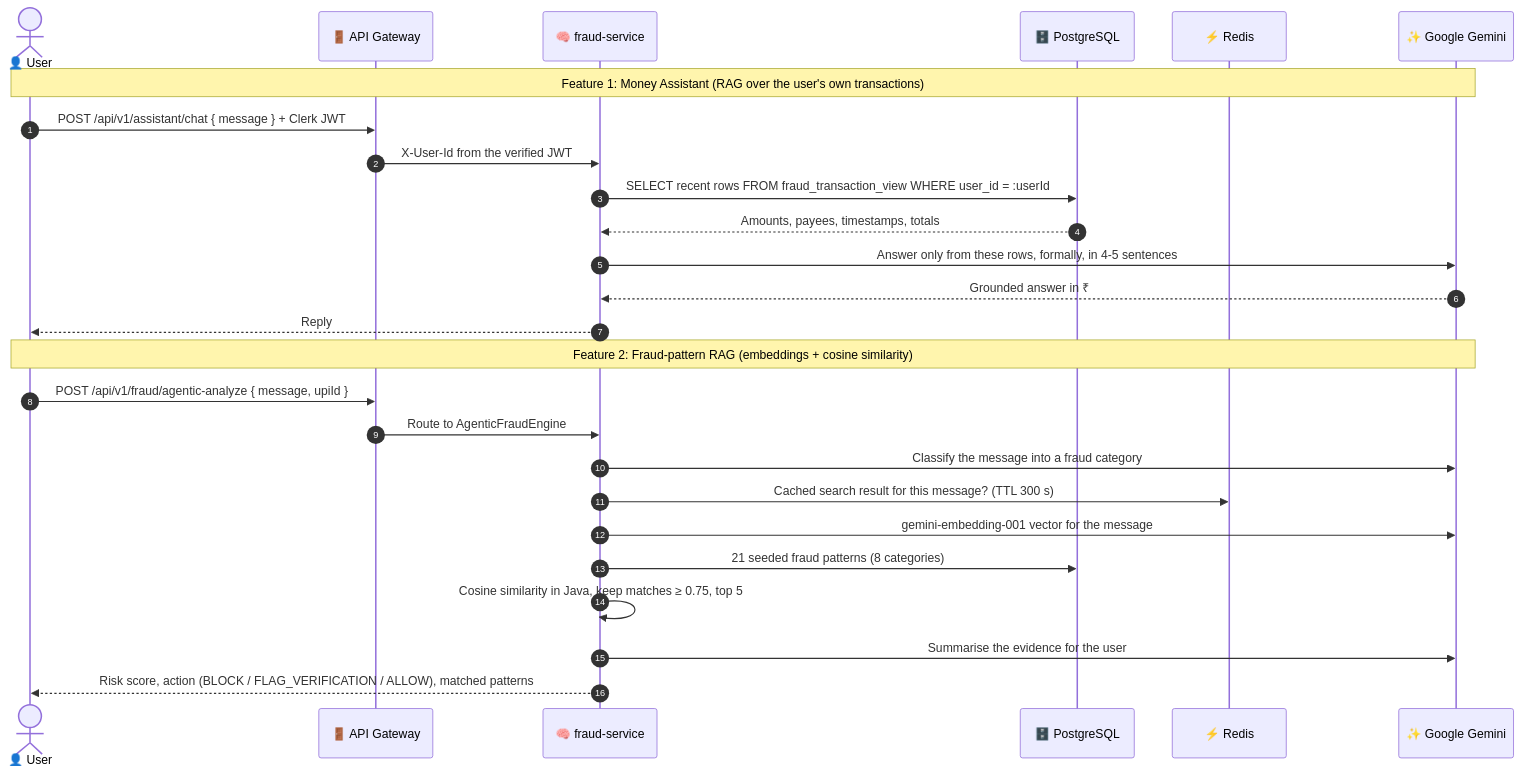
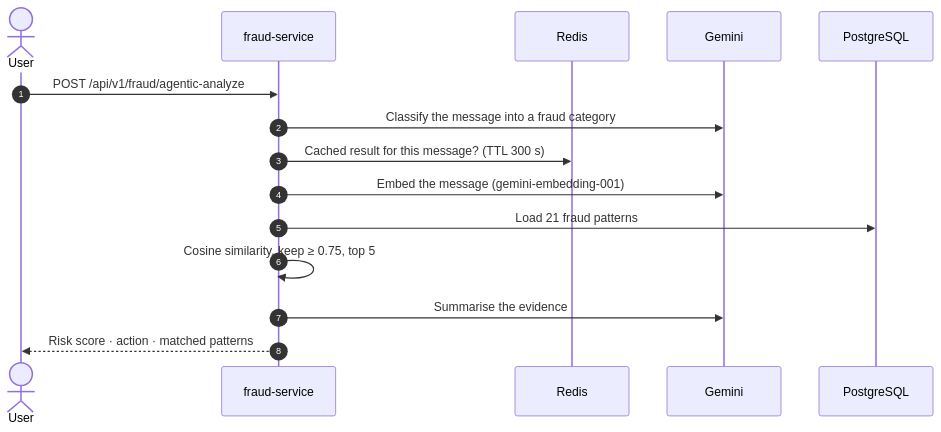
The second of 2 diagrams in README.md (pavansaiambala7/safepe), drawn with Mermaid before and after one commit. The commit also changed other lines of this file, not shown here.

First line of the commit message:
docs: reorganise README and reflect per-user notifications

````diff
--- a/README.md
+++ b/README.md
@@ -105,30 +136,18 @@
 ```mermaid
 sequenceDiagram
     autonumber
-    actor User as 👤 User
-    participant GW as 🚪 API Gateway
-    participant AI as 🧠 fraud-service
-    participant PG as 🗄️ PostgreSQL
-    participant RD as ⚡ Redis
-    participant GEMINI as ✨ Google Gemini
+    actor User
+    participant AI as fraud-service
+    participant RD as Redis
+    participant G as Gemini
+    participant PG as PostgreSQL
 
-    Note over User,GEMINI: Feature 1: Money Assistant (RAG over the user's own transactions)
-    User->>GW: POST /api/v1/assistant/chat { message } + Clerk JWT
-    GW->>AI: X-User-Id from the verified JWT
-    AI->>PG: SELECT recent rows FROM fraud_transaction_view WHERE user_id = :userId
-    PG-->>AI: Amounts, payees, timestamps, totals
-    AI->>GEMINI: Answer only from these rows, formally, in 4-5 sentences
-    GEMINI-->>AI: Grounded answer in ₹
-    AI-->>User: Reply
-
-    Note over User,GEMINI: Feature 2: Fraud-pattern RAG (embeddings + cosine similarity)
-    User->>GW: POST /api/v1/fraud/agentic-analyze { message, upiId }
-    GW->>AI: Route to AgenticFraudEngine
-    AI->>GEMINI: Classify the message into a fraud category
-    AI->>RD: Cached search result for this message? (TTL 300 s)
-    AI->>GEMINI: gemini-embedding-001 vector for the message
-    AI->>PG: 21 seeded fraud patterns (8 categories)
-    AI->>AI: Cosine similarity in Java, keep matches ≥ 0.75, top 5
-    AI->>GEMINI: Summarise the evidence for the user
-    AI-->>User: Risk score, action (BLOCK / FLAG_VERIFICATION / ALLOW), matched patterns
+    User->>AI: POST /api/v1/fraud/agentic-analyze
+    AI->>G: Classify the message into a fraud category
+    AI->>RD: Cached result for this message? (TTL 300 s)
+    AI->>G: Embed the message (gemini-embedding-001)
+    AI->>PG: Load 21 fraud patterns
+    AI->>AI: Cosine similarity, keep ≥ 0.75, top 5
+    AI->>G: Summarise the evidence
+    AI-->>User: Risk score · action · matched patterns
 ```
````
